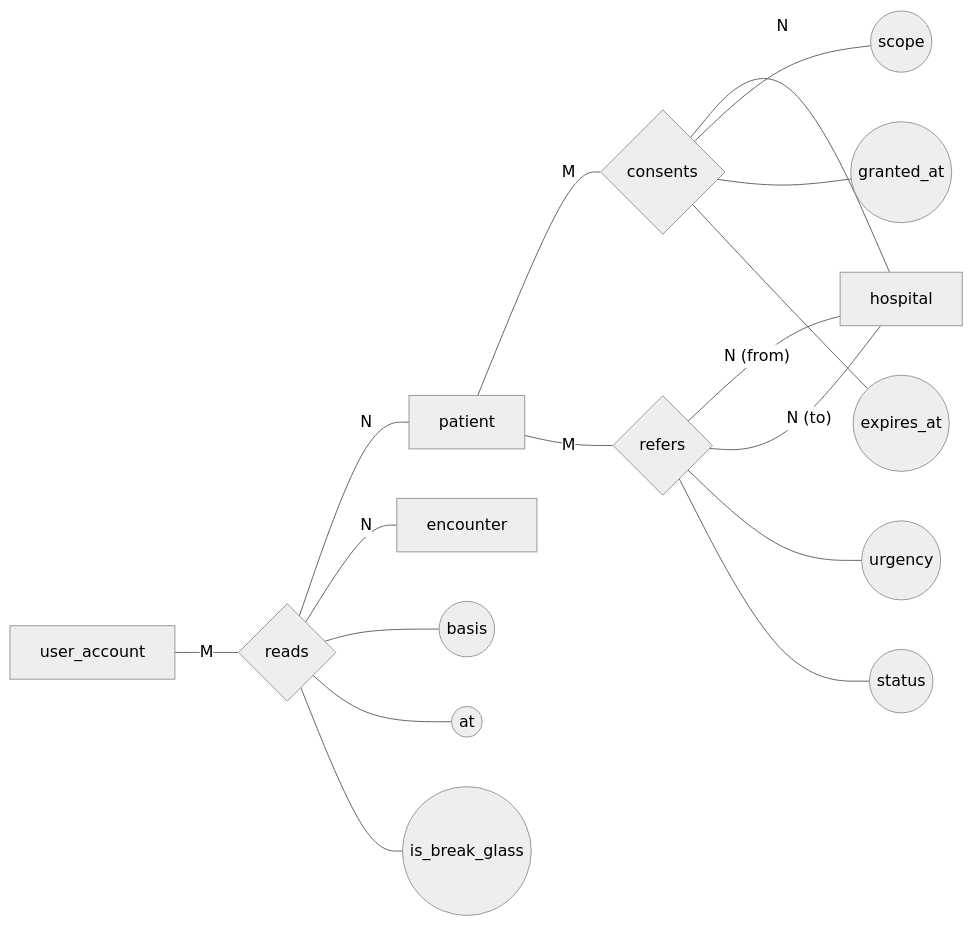
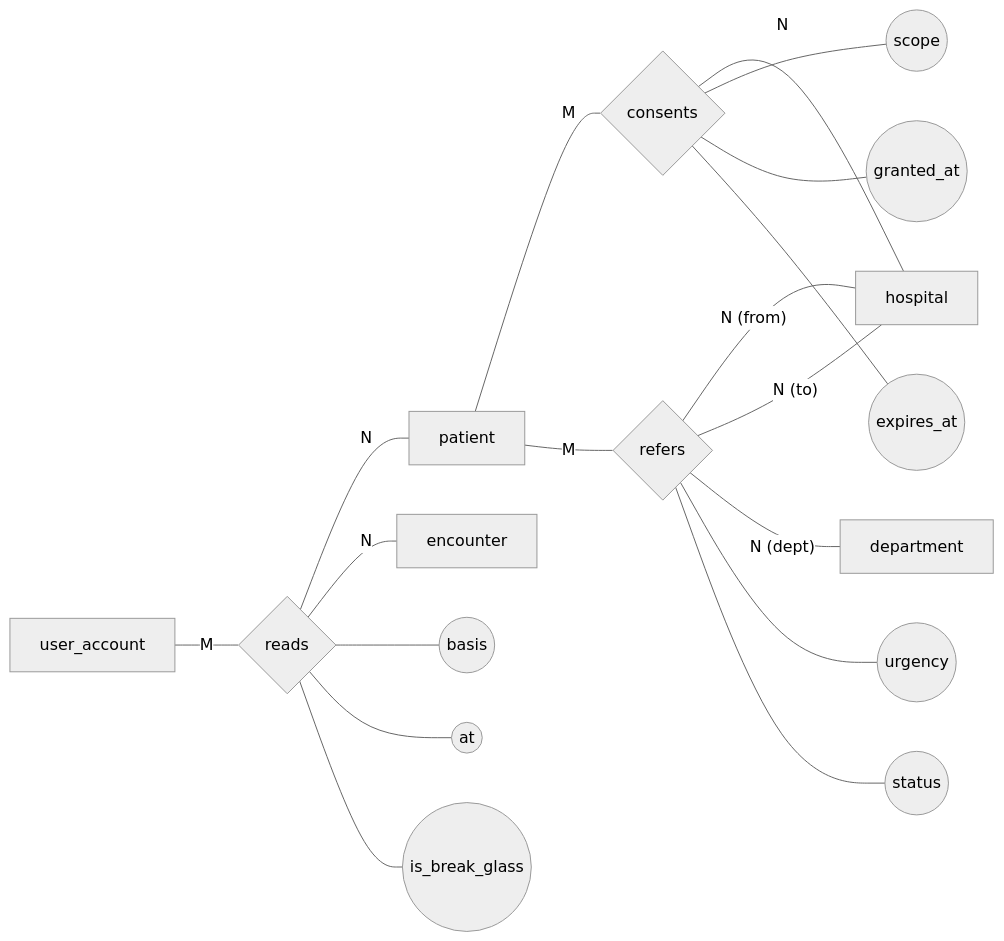
The sixth of 6 diagrams in docs/er-design.md (NoboIshraque/hospital-management-system), drawn with Mermaid (neutral theme) before and after one commit. The commit also changed other lines of this file and 4 other files, not shown here.

Commit message:
Bring the ER document and both Chen diagrams in line with the schema as built

````diff
--- a/docs/er-design.md
+++ b/docs/er-design.md
@@ -569,37 +598,39 @@
 ```mermaid
 flowchart LR
   patient["patient"]
   hospital["hospital"]
   user_account["user_account"]
   encounter["encounter"]
+  department["department"]
 
   consents{"consents"}
   reads{"reads"}
   refers{"refers"}
 
   scope(("scope"))
   granted_at(("granted_at"))
   expires_at(("expires_at"))
   basis(("basis"))
   read_at(("at"))
   is_break_glass(("is_break_glass"))
   urgency(("urgency"))
   ref_status(("status"))
 
   patient ---|M| consents
   consents ---|N| hospital
   consents --- scope
   consents --- granted_at
   consents --- expires_at
   user_account ---|M| reads
   reads ---|N| patient
   reads ---|N| encounter
   reads --- basis
   reads --- read_at
   reads --- is_break_glass
   patient ---|M| refers
   refers ---|"N (from)"| hospital
   refers ---|"N (to)"| hospital
+  refers ---|"N (dept)"| department
   refers --- urgency
   refers --- ref_status
 ```
````
